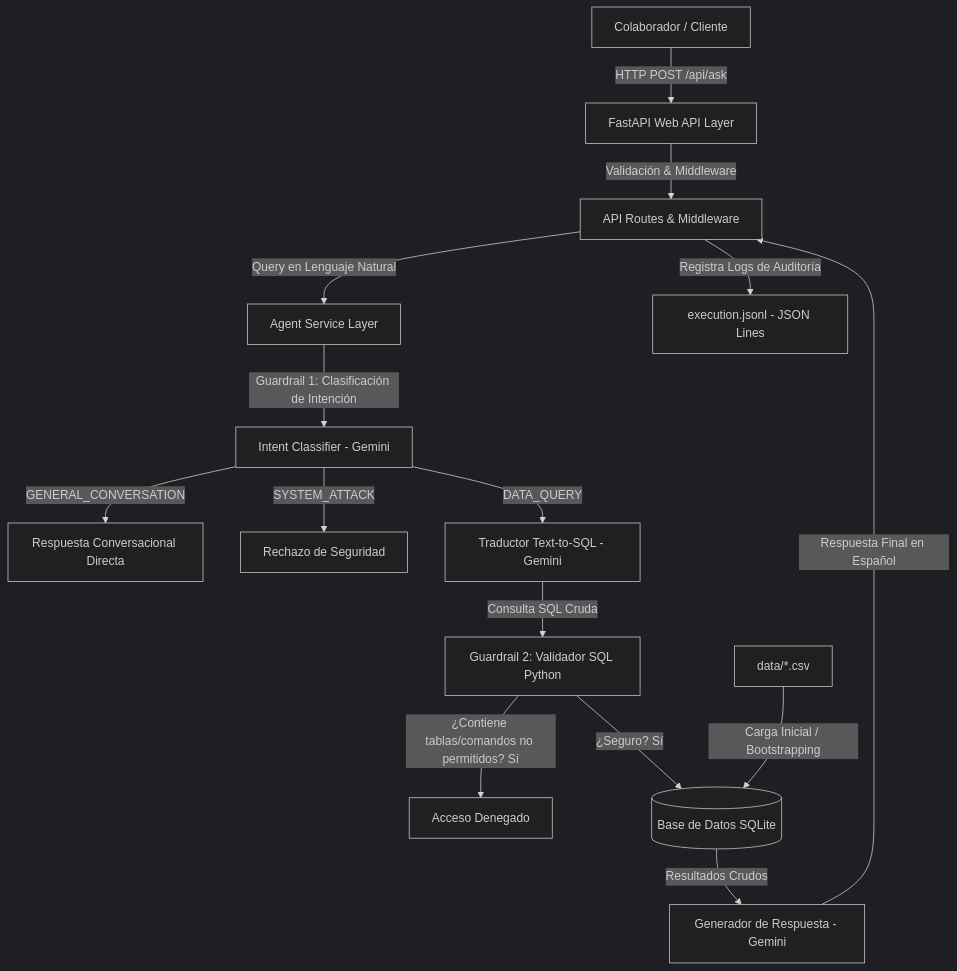
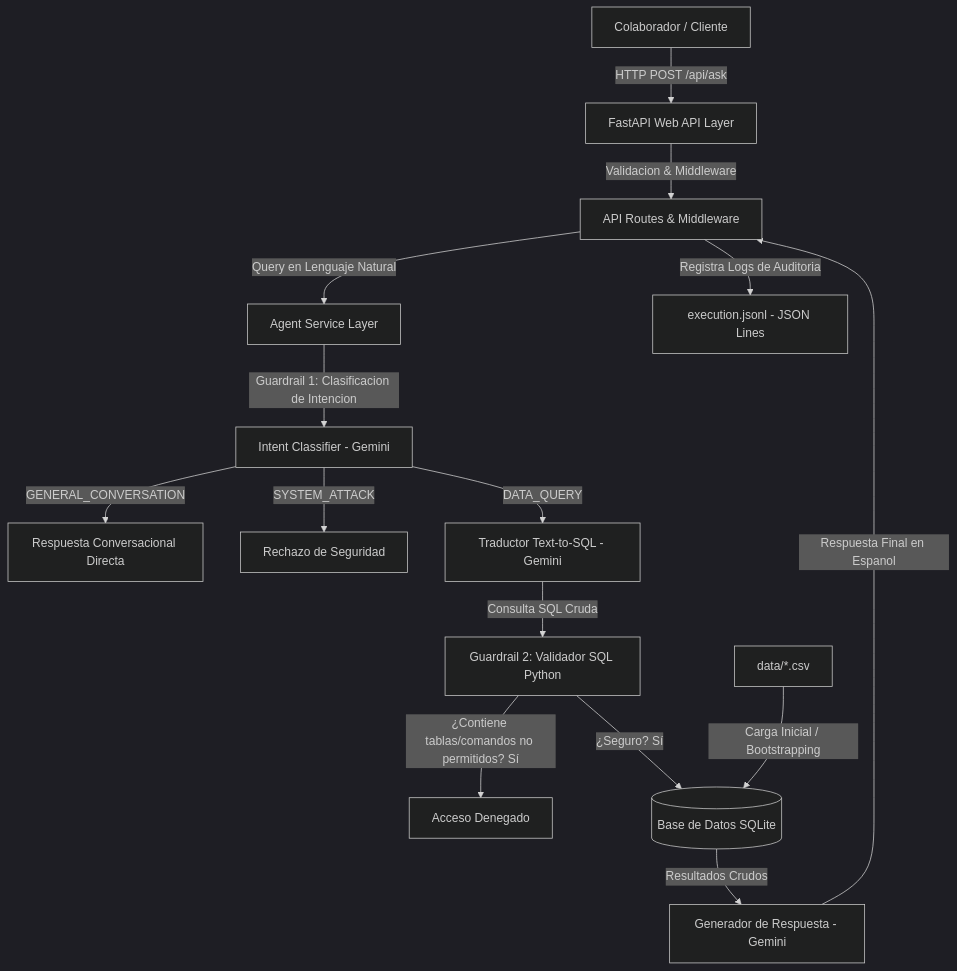
One commit to Jonta9029/alura-agente changed the diagram in README.md. Above: the diagram before and after it, drawn with Mermaid (dark theme). The commit also changed other lines of this file, not shown here.

````diff
--- a/README.md
+++ b/README.md
@@ -13,17 +13,17 @@
 ```mermaid
 graph TD
     User[Colaborador / Cliente] -->|HTTP POST /api/ask| API[FastAPI Web API Layer]
-    API -->|Validación & Middleware| Routes[API Routes & Middleware]
+    API -->|Validacion & Middleware| Routes[API Routes & Middleware]
     Routes -->|Query en Lenguaje Natural| Agent[Agent Service Layer]
-    Agent -->|Guardrail 1: Clasificación de Intención| Intent[Intent Classifier - Gemini]
+    Agent -->|Guardrail 1: Clasificacion de Intencion| Intent[Intent Classifier - Gemini]
     Intent -->|GENERAL_CONVERSATION| Conversational[Respuesta Conversacional Directa]
     Intent -->|SYSTEM_ATTACK| Blocked[Rechazo de Seguridad]
     Intent -->|DATA_QUERY| SQLGen[Traductor Text-to-SQL - Gemini]
     SQLGen -->|Consulta SQL Cruda| Guardrail2[Guardrail 2: Validador SQL Python]
     Guardrail2 -->|¿Contiene tablas/comandos no permitidos? Sí| Error[Acceso Denegado]
     Guardrail2 -->|¿Seguro? Sí| SQLite[(Base de Datos SQLite)]
     CSV[data/*.csv] -->|Carga Inicial / Bootstrapping| SQLite
     SQLite -->|Resultados Crudos| Formulate[Generador de Respuesta - Gemini]
-    Formulate -->|Respuesta Final en Español| Routes
-    Routes -->|Registra Logs de Auditoría| Logs[execution.jsonl - JSON Lines]
+    Formulate -->|Respuesta Final en Espanol| Routes
+    Routes -->|Registra Logs de Auditoria| Logs[execution.jsonl - JSON Lines]
 ```
````
